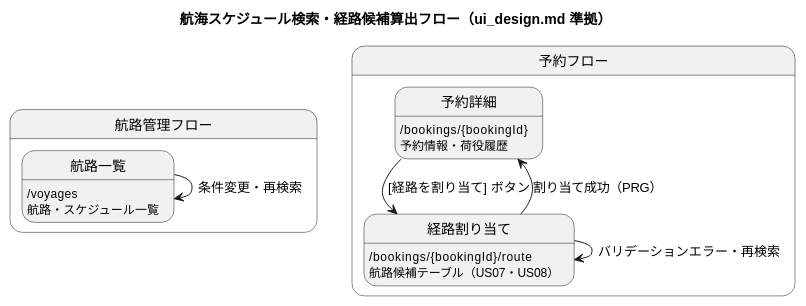
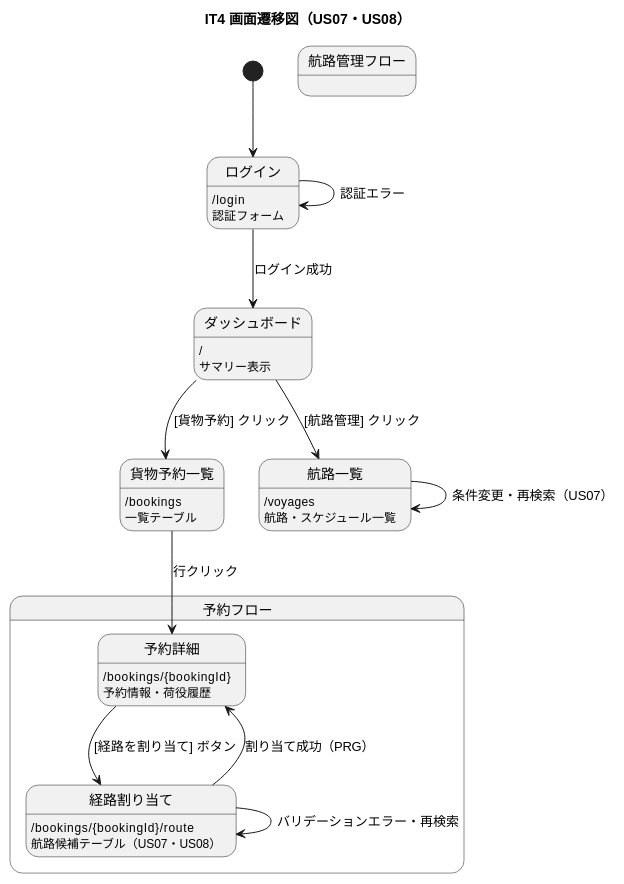
Before and after one commit to k2works/case-study-cargo-tracker: the seventh of 7 diagrams in docs/development/iteration_plan-4.md, drawn with PlantUML.

Commit message:
docs(plan): IT4 画面遷移図をログイン起点の全体フロー形式に更新
IT3 と同様に [*] --> ログイン からの全体フローで画面遷移を記述。
航路管理フローと予約フロー（一覧→詳細→経路割り当て）を分離して可読性を向上。

````diff
--- a/docs/development/iteration_plan-4.md
+++ b/docs/development/iteration_plan-4.md
@@ -347,28 +347,52 @@
 ```plantuml
 @startuml
-title 航海スケジュール検索・経路候補算出フロー（ui_design.md 準拠）
+title IT4 画面遷移図（US07・US08）
+
+[*] --> ログイン
+
+state ログイン {
+  ログイン : /login
+  ログイン : 認証フォーム
+}
+
+ログイン --> ダッシュボード : ログイン成功
+ログイン --> ログイン : 認証エラー
+
+state ダッシュボード {
+  ダッシュボード : /
+  ダッシュボード : サマリー表示
+}
+
+ダッシュボード --> 貨物予約一覧 : [貨物予約] クリック
+ダッシュボード --> 航路一覧 : [航路管理] クリック
 
 state "航路管理フロー" as routing_flow {
   state 航路一覧 {
     航路一覧 : /voyages
     航路一覧 : 航路・スケジュール一覧
   }
-  航路一覧 --> 航路一覧 : 条件変更・再検索
+  航路一覧 --> 航路一覧 : 条件変更・再検索（US07）
 }
 
 state "予約フロー" as booking_flow {
+  state 貨物予約一覧 {
+    貨物予約一覧 : /bookings
+    貨物予約一覧 : 一覧テーブル
+  }
   state 予約詳細 {
     予約詳細 : /bookings/{bookingId}
     予約詳細 : 予約情報・荷役履歴
   }
   state 経路割り当て {
     経路割り当て : /bookings/{bookingId}/route
     経路割り当て : 航路候補テーブル（US07・US08）
   }
+
+  貨物予約一覧 --> 予約詳細 : 行クリック
   予約詳細 --> 経路割り当て : [経路を割り当て] ボタン
   経路割り当て --> 予約詳細 : 割り当て成功（PRG）
   経路割り当て --> 経路割り当て : バリデーションエラー・再検索
 }
 
 @enduml
 ```
````
